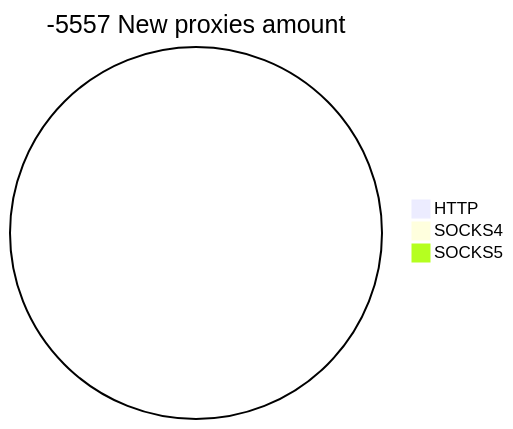
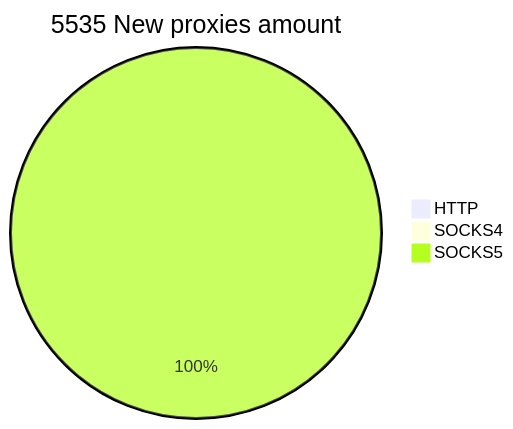
One commit to cutipu/proxylist changed the second of 2 diagrams in README.md. Above: the diagram before and after it, drawn with Mermaid. The commit also changed other lines of this file, not shown here.

````diff
--- a/README.md
+++ b/README.md
@@ -10,6 +10,6 @@
 ```mermaid
-pie title -5557 New proxies amount
+pie title 5535 New proxies amount
     "HTTP" : 0
     "SOCKS4" : 0
-    "SOCKS5" : 0
+    "SOCKS5" : 5543
 ```
````
